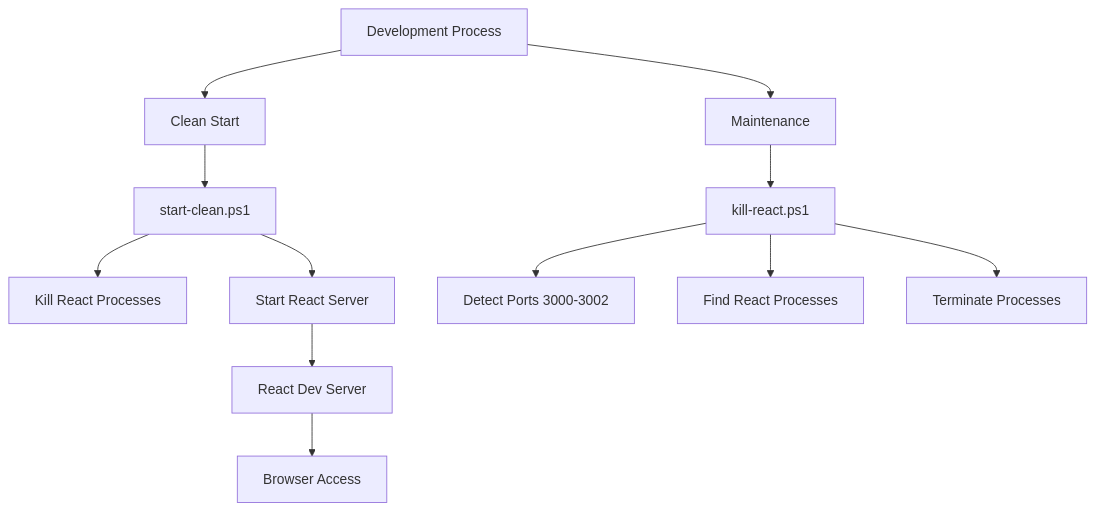
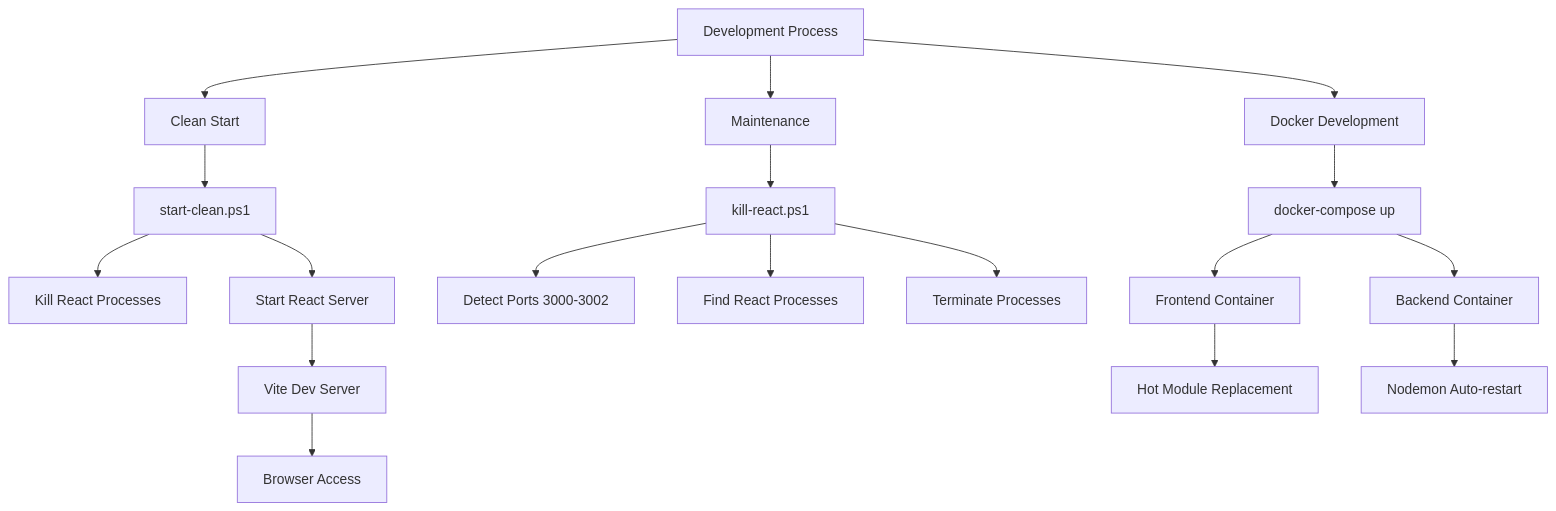
Diagram 12 of 13 in documentation/architecture_design.md (Perfectz/perfectlifetracker), drawn with Mermaid before and after one commit. The commit also changed other lines of this file and 164 other files, not shown here.

````diff
--- a/documentation/architecture_design.md
+++ b/documentation/architecture_design.md
@@ -167,17 +186,24 @@
 ```mermaid
 graph TD
     Development[Development Process] --> CleanStart[Clean Start]
     Development --> Maintenance[Maintenance]
+    Development --> DockerDev[Docker Development]
     
     CleanStart --> StartClean[start-clean.ps1]
     StartClean --> KillProcesses[Kill React Processes]
     StartClean --> StartReact[Start React Server]
     
     Maintenance --> KillScript[kill-react.ps1]
     KillScript --> DetectPorts[Detect Ports 3000-3002]
     KillScript --> FindReactProcesses[Find React Processes]
     KillScript --> TerminateProcesses[Terminate Processes]
     
-    StartReact --> ReactServer[React Dev Server]
-    ReactServer --> Browser[Browser Access]
+    StartReact --> ViteServer[Vite Dev Server]
+    ViteServer --> Browser[Browser Access]
+    
+    DockerDev --> DockerCompose[docker-compose up]
+    DockerCompose --> FrontendContainer[Frontend Container]
+    DockerCompose --> BackendContainer[Backend Container]
+    FrontendContainer --> HMR[Hot Module Replacement]
+    BackendContainer --> NodemonWatcher[Nodemon Auto-restart]
 ```
````
